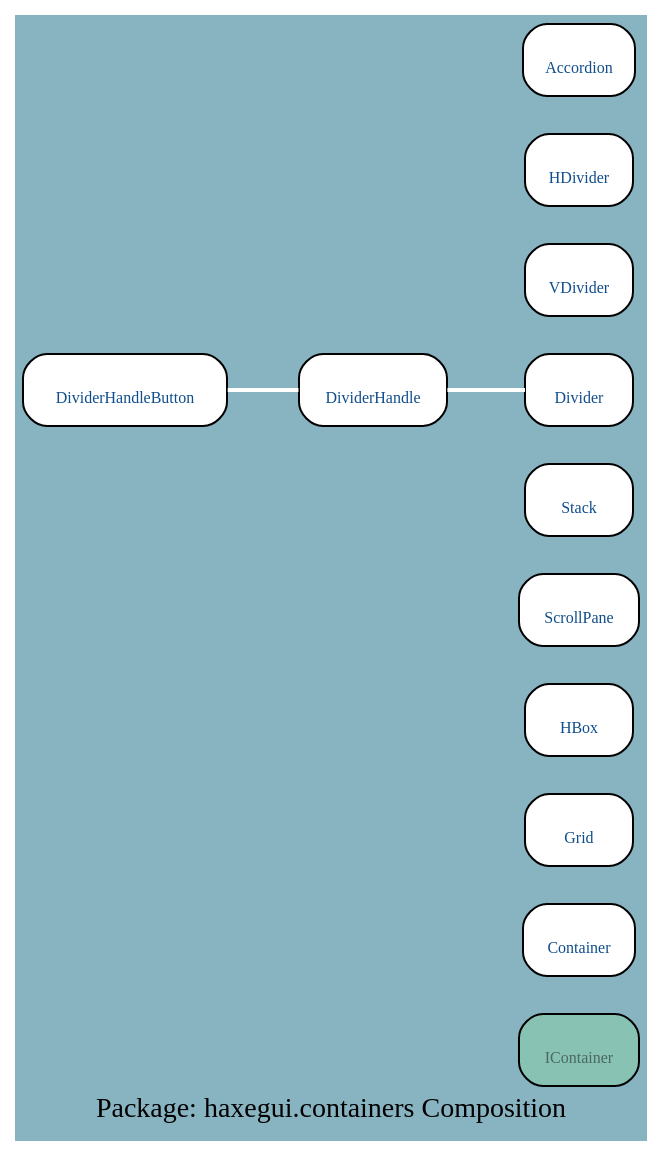
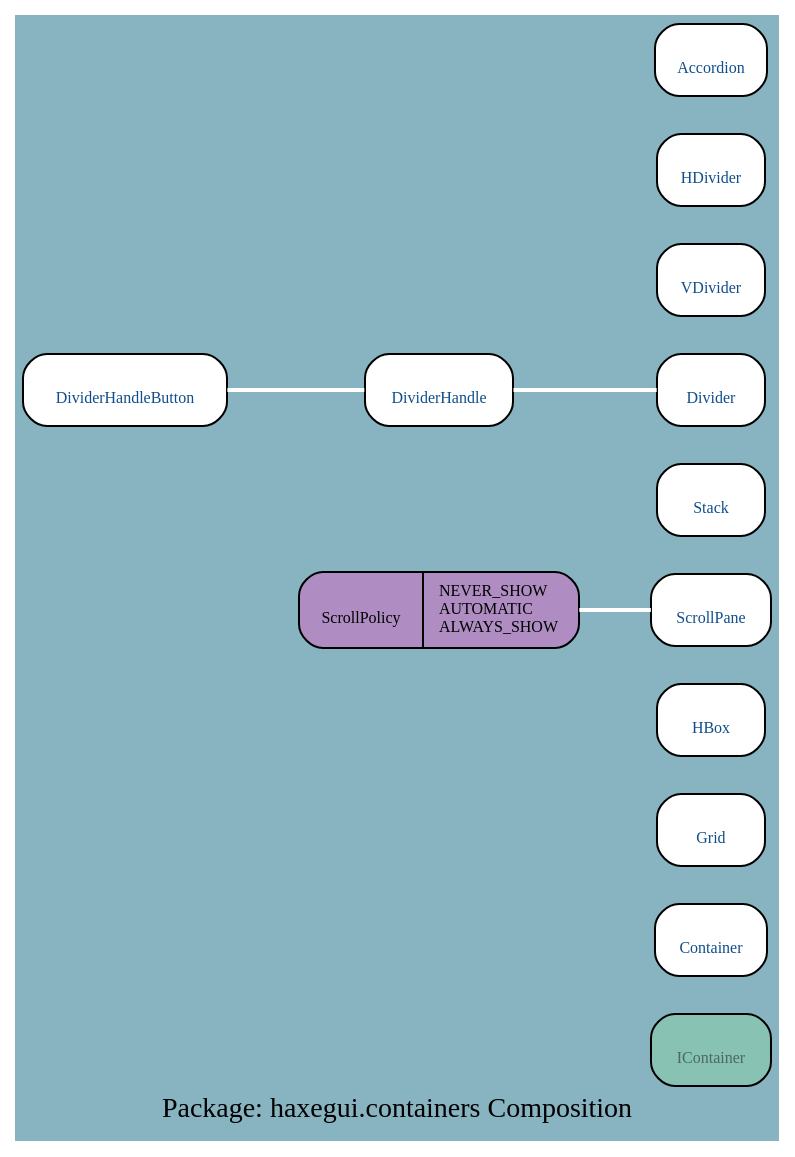
The diagram in docs/uml/haxegui.containers_C.dot (google-code-export/haxegui), drawn with Graphviz before and after one commit. The commit also changed 246 other files, not shown here.

```diff
--- a/docs/uml/haxegui.containers_C.dot
+++ b/docs/uml/haxegui.containers_C.dot
@@ -1,21 +1,23 @@
 digraph uml {
 	graph [label="Package: haxegui.containers Composition", ratio=compress, rankdir=RL, smoothing=avg_dist, overlap=false, fontname="DejaVu Sans Condenesed", fontsize=14, bgcolor="#88B3C1", fontcolor=black];
 	node [label="\N", fontname="DejaVu Sans Condenesed", fontsize=8, shape=record, color=black, fontcolor=black];
 	edge [fontname="DejaVu Sans Condenesed", fontsize=8, color=black, fontcolor=black];
-	graph [lp="156,12",
-		bb="0,0,312,547"];
-	"haxegui.containers.IContainer" [label="{\nIContainer}", fontcolor="#496962", style="rounded,filled", fillcolor="#88c2b3", URL="../types/haxegui/containers/IContainer.html", tooltip="\nIContainer", pos="281,43", rects="251,25,311,61", width="0.83", height="0.50"];
-	"haxegui.containers.Container" [label="{\nContainer}", fontcolor="#104E8B", style="rounded,filled", fillcolor=white, URL="../types/haxegui/containers/Container.html", tooltip="\nContainer", pos="281,97", rects="253,79,310,115", width="0.78", height="0.50"];
-	"haxegui.containers.Grid" [label="{\nGrid}", fontcolor="#104E8B", style="rounded,filled", fillcolor=white, URL="../types/haxegui/containers/Grid.html", tooltip="\nGrid", pos="281,151", rects="254,133,308,169", width="0.75", height="0.50"];
-	"haxegui.containers.HBox" [label="{\nHBox}", fontcolor="#104E8B", style="rounded,filled", fillcolor=white, URL="../types/haxegui/containers/HBox.html", tooltip="\nHBox", pos="281,205", rects="254,187,308,223", width="0.75", height="0.50"];
-	"haxegui.containers.ScrollPane" [label="{\nScrollPane}", fontcolor="#104E8B", style="rounded,filled", fillcolor=white, URL="../types/haxegui/containers/ScrollPane.html", tooltip="\nScrollPane", pos="281,259", rects="251,241,312,277", width="0.83", height="0.50"];
-	"haxegui.containers.Stack" [label="{\nStack}", fontcolor="#104E8B", style="rounded,filled", fillcolor=white, URL="../types/haxegui/containers/Stack.html", tooltip="\nStack", pos="281,313", rects="254,295,308,331", width="0.75", height="0.50"];
-	"haxegui.containers.DividerHandle" [label="{\nDividerHandle}", fontcolor="#104E8B", style="rounded,filled", fillcolor=white, URL="../types/haxegui/containers/DividerHandle.html", tooltip="\nDividerHandle", pos="176,367", rects="139,349,214,385", width="1.03", height="0.50"];
+	graph [lp="189,12",
+		bb="0,0,378,547"];
+	"haxegui.containers.IContainer" [label="{\nIContainer}", fontcolor="#496962", style="rounded,filled", fillcolor="#88c2b3", URL="../types/haxegui/containers/IContainer.html", tooltip="\nIContainer", pos="347,43", rects="317,25,377,61", width="0.83", height="0.50"];
+	"haxegui.containers.Container" [label="{\nContainer}", fontcolor="#104E8B", style="rounded,filled", fillcolor=white, URL="../types/haxegui/containers/Container.html", tooltip="\nContainer", pos="347,97", rects="319,79,376,115", width="0.78", height="0.50"];
+	"haxegui.containers.Grid" [label="{\nGrid}", fontcolor="#104E8B", style="rounded,filled", fillcolor=white, URL="../types/haxegui/containers/Grid.html", tooltip="\nGrid", pos="347,151", rects="320,133,374,169", width="0.75", height="0.50"];
+	"haxegui.containers.HBox" [label="{\nHBox}", fontcolor="#104E8B", style="rounded,filled", fillcolor=white, URL="../types/haxegui/containers/HBox.html", tooltip="\nHBox", pos="347,205", rects="320,187,374,223", width="0.75", height="0.50"];
+	"haxegui.containers.ScrollPolicy" [label="{\nScrollPolicy|NEVER_SHOW\lAUTOMATIC\lALWAYS_SHOW\l}", style="rounded,filled", fillcolor="#af8dc3", pos="209,259", rects="139,240,203,278 203,240,280,278", width="1.94", height="0.53"];
+	"haxegui.containers.ScrollPane" [label="{\nScrollPane}", fontcolor="#104E8B", style="rounded,filled", fillcolor=white, URL="../types/haxegui/containers/ScrollPane.html", tooltip="\nScrollPane", pos="347,259", rects="317,241,378,277", width="0.83", height="0.50"];
+	"haxegui.containers.Stack" [label="{\nStack}", fontcolor="#104E8B", style="rounded,filled", fillcolor=white, URL="../types/haxegui/containers/Stack.html", tooltip="\nStack", pos="347,313", rects="320,295,374,331", width="0.75", height="0.50"];
+	"haxegui.containers.DividerHandle" [label="{\nDividerHandle}", fontcolor="#104E8B", style="rounded,filled", fillcolor=white, URL="../types/haxegui/containers/DividerHandle.html", tooltip="\nDividerHandle", pos="209,367", rects="172,349,247,385", width="1.03", height="0.50"];
 	"haxegui.containers.DividerHandleButton" [label="{\nDividerHandleButton}", fontcolor="#104E8B", style="rounded,filled", fillcolor=white, URL="../types/haxegui/containers/DividerHandleButton.html", tooltip="\nDividerHandleButton", pos="51,367", rects="0,349,102,385", width="1.42", height="0.50"];
-	"haxegui.containers.Divider" [label="{\nDivider}", fontcolor="#104E8B", style="rounded,filled", fillcolor=white, URL="../types/haxegui/containers/Divider.html", tooltip="\nDivider", pos="281,367", rects="254,349,308,385", width="0.75", height="0.50"];
-	"haxegui.containers.VDivider" [label="{\nVDivider}", fontcolor="#104E8B", style="rounded,filled", fillcolor=white, URL="../types/haxegui/containers/VDivider.html", tooltip="\nVDivider", pos="281,421", rects="254,403,308,439", width="0.75", height="0.50"];
-	"haxegui.containers.HDivider" [label="{\nHDivider}", fontcolor="#104E8B", style="rounded,filled", fillcolor=white, URL="../types/haxegui/containers/HDivider.html", tooltip="\nHDivider", pos="281,475", rects="254,457,308,493", width="0.75", height="0.50"];
-	"haxegui.containers.Accordion" [label="{\nAccordion}", fontcolor="#104E8B", style="rounded,filled", fillcolor=white, URL="../types/haxegui/containers/Accordion.html", tooltip="\nAccordion", pos="281,529", rects="253,511,310,547", width="0.78", height="0.50"];
-	"haxegui.containers.DividerHandle" -> "haxegui.containers.DividerHandleButton" [color=white, style=bold, arrowhead=none, arrowtail=diamond, arrowsize=1, pos="s,139,367 127,367 119,367 111,367 102,367"];
-	"haxegui.containers.Divider" -> "haxegui.containers.DividerHandle" [color=white, style=bold, arrowhead=none, arrowtail=diamond, arrowsize=1, pos="s,254,367 242,367 233,367 223,367 214,367"];
+	"haxegui.containers.Divider" [label="{\nDivider}", fontcolor="#104E8B", style="rounded,filled", fillcolor=white, URL="../types/haxegui/containers/Divider.html", tooltip="\nDivider", pos="347,367", rects="320,349,374,385", width="0.75", height="0.50"];
+	"haxegui.containers.VDivider" [label="{\nVDivider}", fontcolor="#104E8B", style="rounded,filled", fillcolor=white, URL="../types/haxegui/containers/VDivider.html", tooltip="\nVDivider", pos="347,421", rects="320,403,374,439", width="0.75", height="0.50"];
+	"haxegui.containers.HDivider" [label="{\nHDivider}", fontcolor="#104E8B", style="rounded,filled", fillcolor=white, URL="../types/haxegui/containers/HDivider.html", tooltip="\nHDivider", pos="347,475", rects="320,457,374,493", width="0.75", height="0.50"];
+	"haxegui.containers.Accordion" [label="{\nAccordion}", fontcolor="#104E8B", style="rounded,filled", fillcolor=white, URL="../types/haxegui/containers/Accordion.html", tooltip="\nAccordion", pos="347,529", rects="319,511,376,547", width="0.78", height="0.50"];
+	"haxegui.containers.ScrollPane" -> "haxegui.containers.ScrollPolicy" [color=white, style=bold, arrowhead=none, arrowtail=diamond, arrowsize=1, pos="s,317,259 305,259 297,259 288,259 280,259"];
+	"haxegui.containers.DividerHandle" -> "haxegui.containers.DividerHandleButton" [color=white, style=bold, arrowhead=none, arrowtail=diamond, arrowsize=1, pos="s,172,367 160,367 142,367 121,367 102,367"];
+	"haxegui.containers.Divider" -> "haxegui.containers.DividerHandle" [color=white, style=bold, arrowhead=none, arrowtail=diamond, arrowsize=1, pos="s,320,367 308,367 289,367 266,367 247,367"];
 }
```
